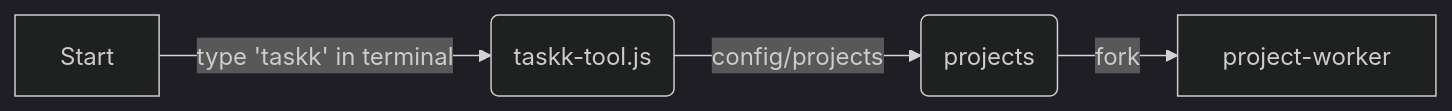
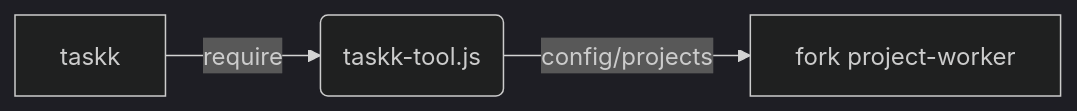
The first of 2 diagrams in README.md (zr-lib/taskk), drawn with Mermaid (dark theme) before and after one commit. The commit also changed other lines of this file and 1 other file, not shown here.

````diff
--- a/README.md
+++ b/README.md
@@ -9,6 +9,6 @@
 ```mermaid
 graph LR
-A[Start] --type 'taskk' in terminal--> 
+A[taskk] --require--> 
 B(taskk-tool.js) --config/projects--> 
-C(projects) --fork--> D[project-worker]
+C[fork project-worker]
 ```
````
